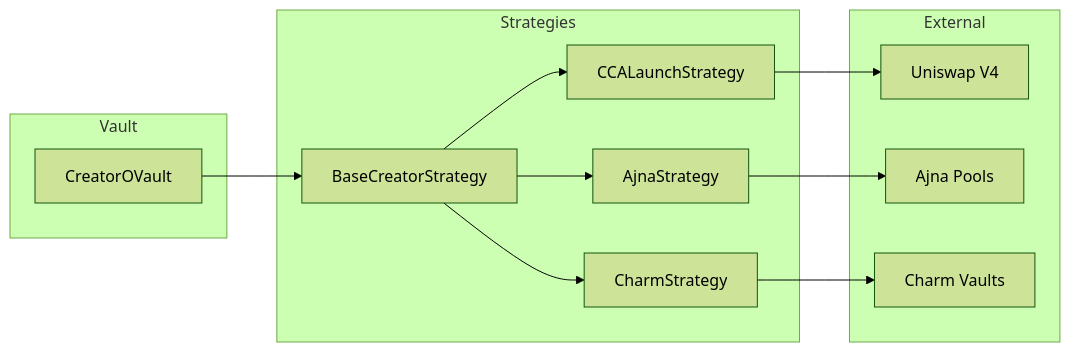
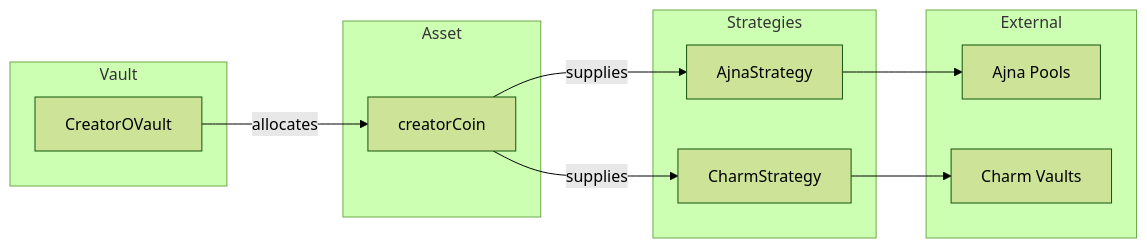
One commit to 4626fun/4626 changed the fifth of 13 diagrams in docs/reference/diagram-style-guide.md. Above: the diagram before and after it, drawn with Mermaid (forest theme). The commit also changed other lines of this file and 2 other files, not shown here.

First line of the commit message:
docs: fix asset flow diagrams - strategies receive creatorCoin only

````diff
--- a/docs/reference/diagram-style-guide.md
+++ b/docs/reference/diagram-style-guide.md
@@ -112,28 +114,27 @@
 ```mermaid
 flowchart LR
+    subgraph Asset
+        C[creatorCoin]
+    end
+    
     subgraph Vault
         V[CreatorOVault]
     end
     
     subgraph Strategies
-        Base[BaseCreatorStrategy]
-        CCA[CCALaunchStrategy]
         Charm[CharmStrategy]
         Ajna[AjnaStrategy]
     end
     
     subgraph External
-        Uniswap[Uniswap V4]
         AjnaPool[Ajna Pools]
         CharmVault[Charm Vaults]
     end
     
-    V --> Base
-    Base --> CCA
-    Base --> Charm
-    Base --> Ajna
+    V -->|allocates| C
+    C -->|supplies| Charm
+    C -->|supplies| Ajna
     
-    CCA --> Uniswap
     Charm --> CharmVault
     Ajna --> AjnaPool
 ```
````
